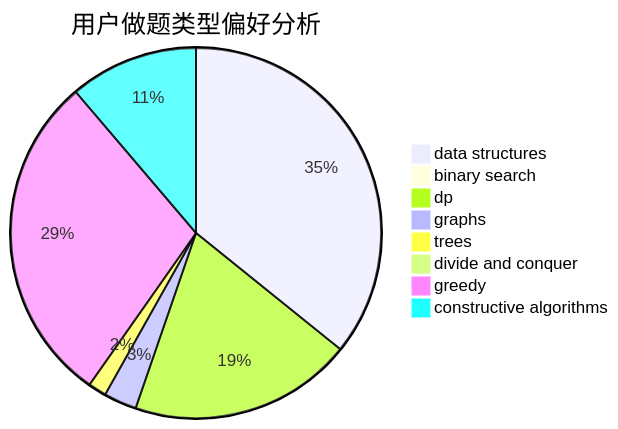
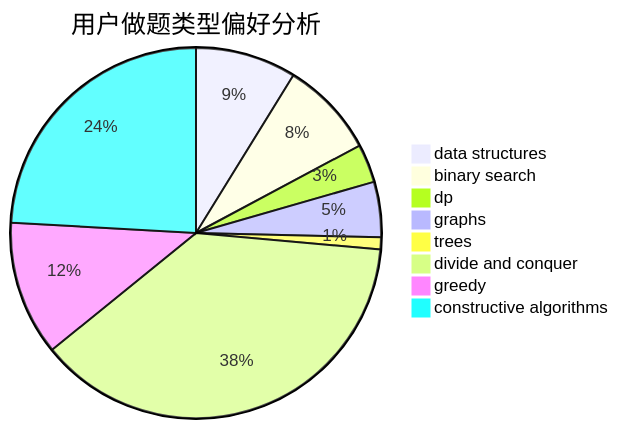
The second of 3 diagrams in docs/user/u1039.md (sherpahu/cfrs.github.io), drawn with Mermaid before and after one commit. The commit also changed other lines of this file and 2770 other files, not shown here.

````diff
--- a/docs/user/u1039.md
+++ b/docs/user/u1039.md
@@ -23,11 +23,11 @@
 ```mermaid
 pie title 用户做题类型偏好分析
-    "data structures" :  698
-    "binary search" :  12
-    "dp" :  380
-    "graphs" :  56
-    "trees" :  31
-    "divide and conquer" :  8
-    "greedy" :  566
-    "constructive algorithms" :  219
+    "data structures" :  42
+    "binary search" :  40
+    "dp" :  16
+    "graphs" :  23
+    "trees" :  5
+    "divide and conquer" :  180
+    "greedy" :  56
+    "constructive algorithms" :  115
 ```
````
